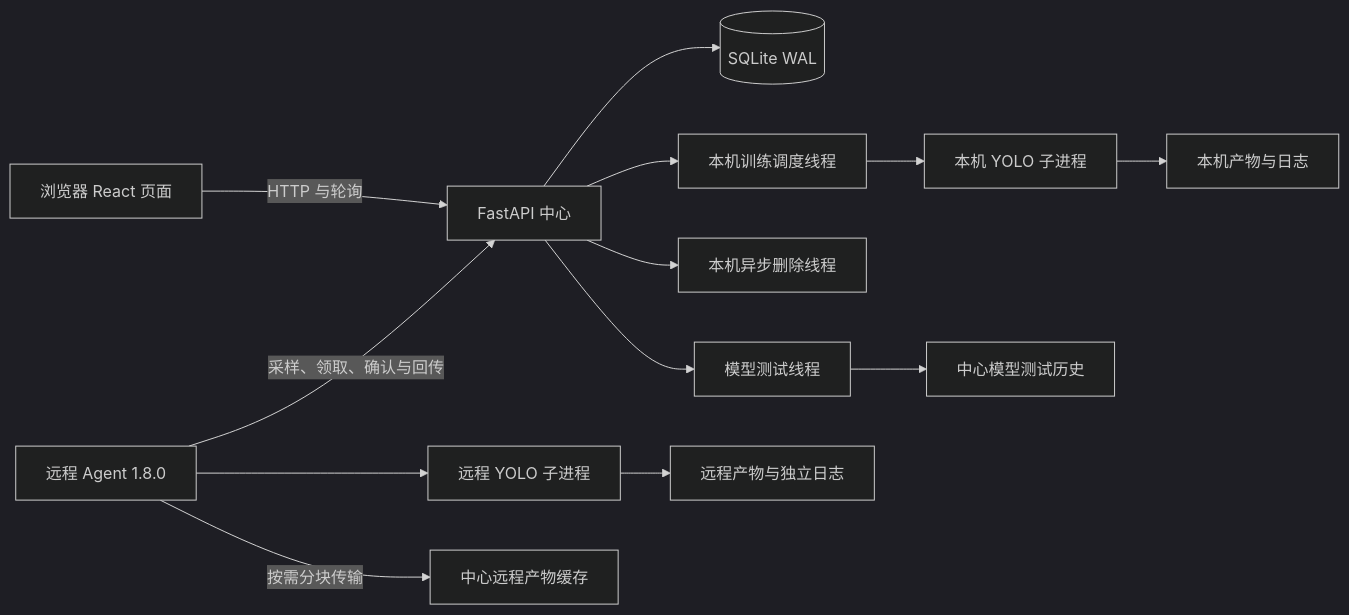
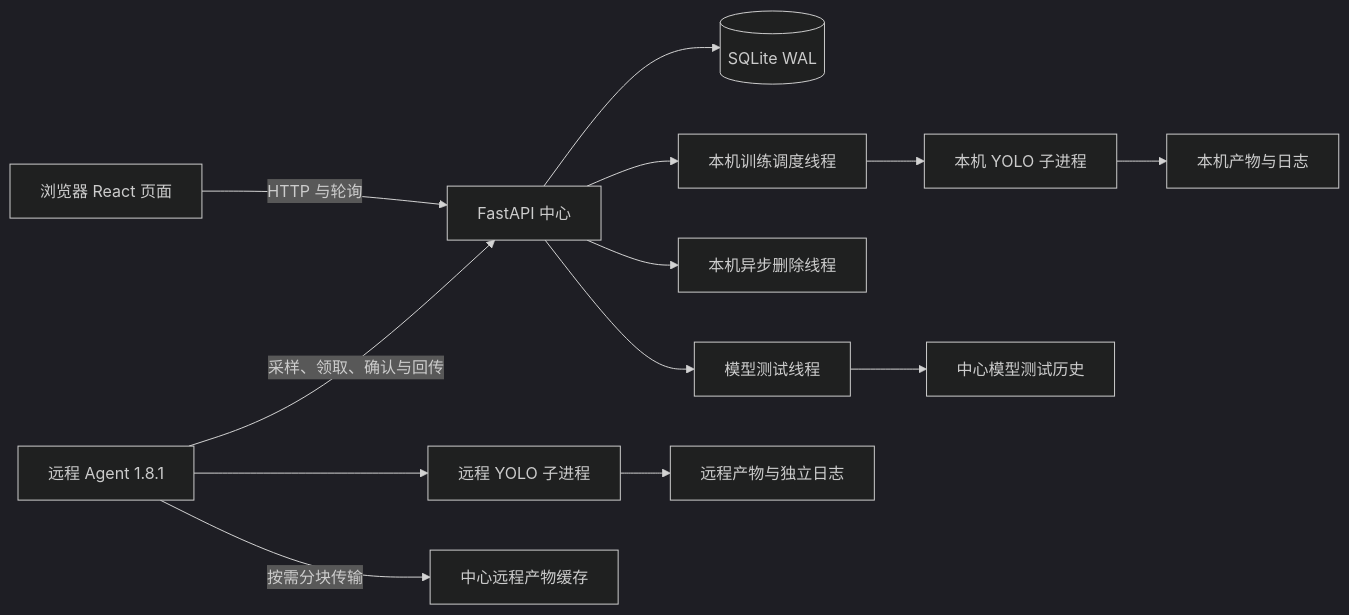
One commit to scsg666g/yolo-xlpt changed the diagram in docs/project-analysis.md. Above: the diagram before and after it, drawn with Mermaid (dark theme). The commit also changed other lines of this file and 15 other files, not shown here.

````diff
--- a/docs/project-analysis.md
+++ b/docs/project-analysis.md
@@ -24,15 +24,15 @@
 ```mermaid
 flowchart LR
     UI[浏览器 React 页面] -->|HTTP 与轮询| API[FastAPI 中心]
     API --> DB[(SQLite WAL)]
     API --> S[本机训练调度线程]
     S --> CLI[本机 YOLO 子进程]
     CLI --> FS[本机产物与日志]
     API --> D[本机异步删除线程]
     API --> I[模型测试线程]
     I --> MH[中心模型测试历史]
-    AG[远程 Agent 1.8.0] -->|采样、领取、确认与回传| API
+    AG[远程 Agent 1.8.1] -->|采样、领取、确认与回传| API
     AG --> RC[远程 YOLO 子进程]
     RC --> RF[远程产物与独立日志]
     AG -->|按需分块传输| CACHE[中心远程产物缓存]
 ```
````
